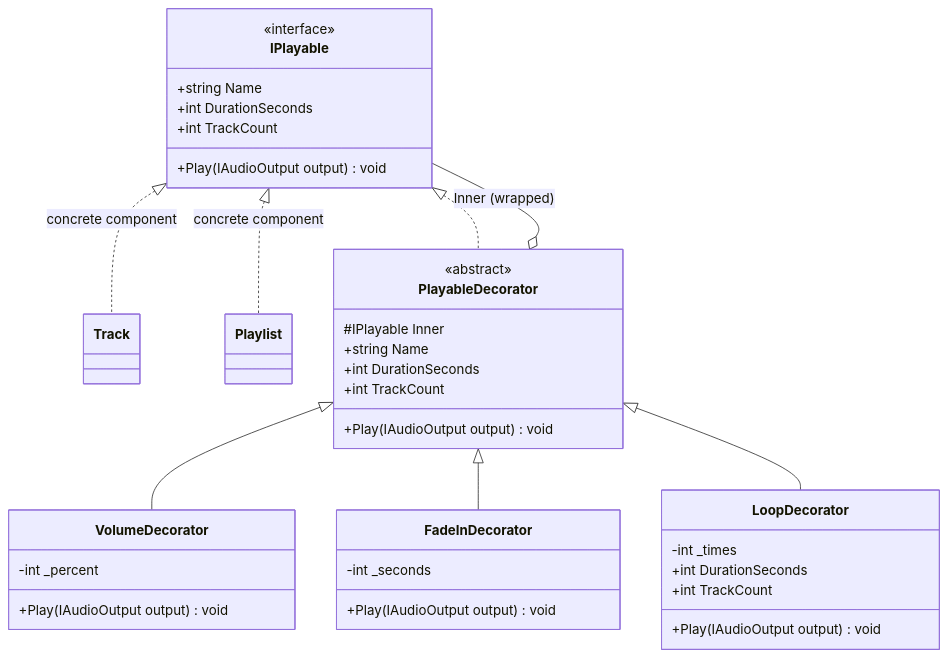
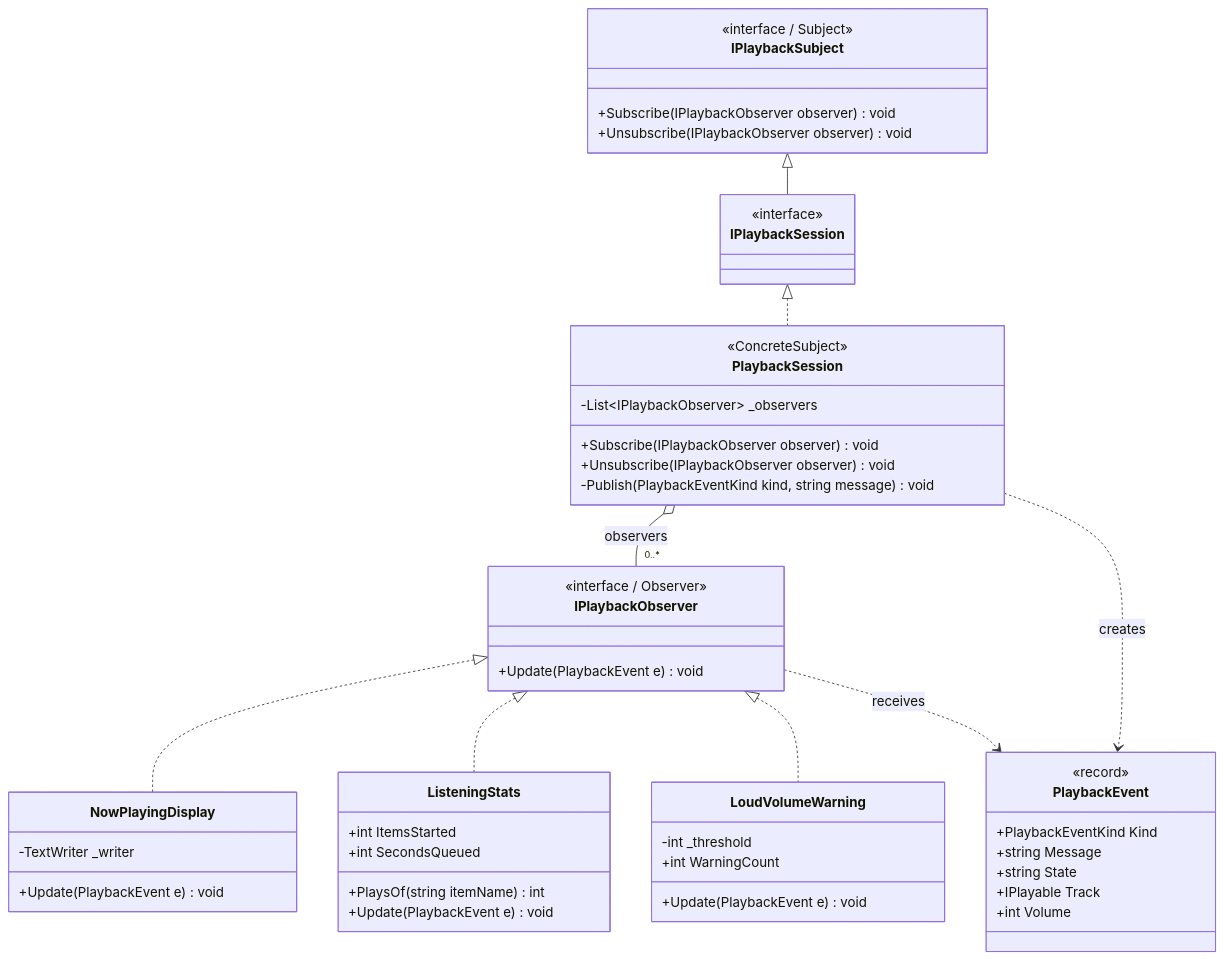
The fourth of 5 diagrams in REPORT.md (dana-r19/tmps), drawn with Mermaid before and after one commit. The commit also changed other lines of this file and 1 other file, not shown here.

````diff
--- a/REPORT.md
+++ b/REPORT.md
@@ -149,41 +392,53 @@
 ```mermaid
 classDiagram
-    class IPlayable {
+    class IPlaybackSubject {
+        <<interface / Subject>>
+        +Subscribe(IPlaybackObserver observer) void
+        +Unsubscribe(IPlaybackObserver observer) void
+    }
+    class IPlaybackSession {
         <<interface>>
-        +string Name
-        +int DurationSeconds
-        +int TrackCount
-        +Play(IAudioOutput output) void
     }
-    class Track
-    class Playlist
-    class PlayableDecorator {
-        <<abstract>>
-        #IPlayable Inner
-        +string Name
-        +int DurationSeconds
-        +int TrackCount
-        +Play(IAudioOutput output) void
+    class PlaybackSession {
+        <<ConcreteSubject>>
+        -List~IPlaybackObserver~ _observers
+        +Subscribe(IPlaybackObserver observer) void
+        +Unsubscribe(IPlaybackObserver observer) void
+        -Publish(PlaybackEventKind kind, string message) void
     }
-    class VolumeDecorator {
-        -int _percent
-        +Play(IAudioOutput output) void
+    class IPlaybackObserver {
+        <<interface / Observer>>
+        +Update(PlaybackEvent e) void
     }
-    class FadeInDecorator {
-        -int _seconds
-        +Play(IAudioOutput output) void
+    class PlaybackEvent {
+        <<record>>
+        +PlaybackEventKind Kind
+        +string Message
+        +string State
+        +IPlayable Track
+        +int Volume
     }
-    class LoopDecorator {
-        -int _times
-        +int DurationSeconds
-        +int TrackCount
-        +Play(IAudioOutput output) void
+    class NowPlayingDisplay {
+        -TextWriter _writer
+        +Update(PlaybackEvent e) void
     }
-    IPlayable <|.. Track : concrete component
-    IPlayable <|.. Playlist : concrete component
-    IPlayable <|.. PlayableDecorator
-    PlayableDecorator o-- IPlayable : Inner (wrapped)
-    PlayableDecorator <|-- VolumeDecorator
-    PlayableDecorator <|-- FadeInDecorator
-    PlayableDecorator <|-- LoopDecorator
+    class ListeningStats {
+        +int ItemsStarted
+        +int SecondsQueued
+        +PlaysOf(string itemName) int
+        +Update(PlaybackEvent e) void
+    }
+    class LoudVolumeWarning {
+        -int _threshold
+        +int WarningCount
+        +Update(PlaybackEvent e) void
+    }
+    IPlaybackSubject <|-- IPlaybackSession
+    IPlaybackSession <|.. PlaybackSession
+    PlaybackSession o-- "0..*" IPlaybackObserver : observers
+    IPlaybackObserver <|.. NowPlayingDisplay
+    IPlaybackObserver <|.. ListeningStats
+    IPlaybackObserver <|.. LoudVolumeWarning
+    PlaybackSession ..> PlaybackEvent : creates
+    IPlaybackObserver ..> PlaybackEvent : receives
 ```
````
